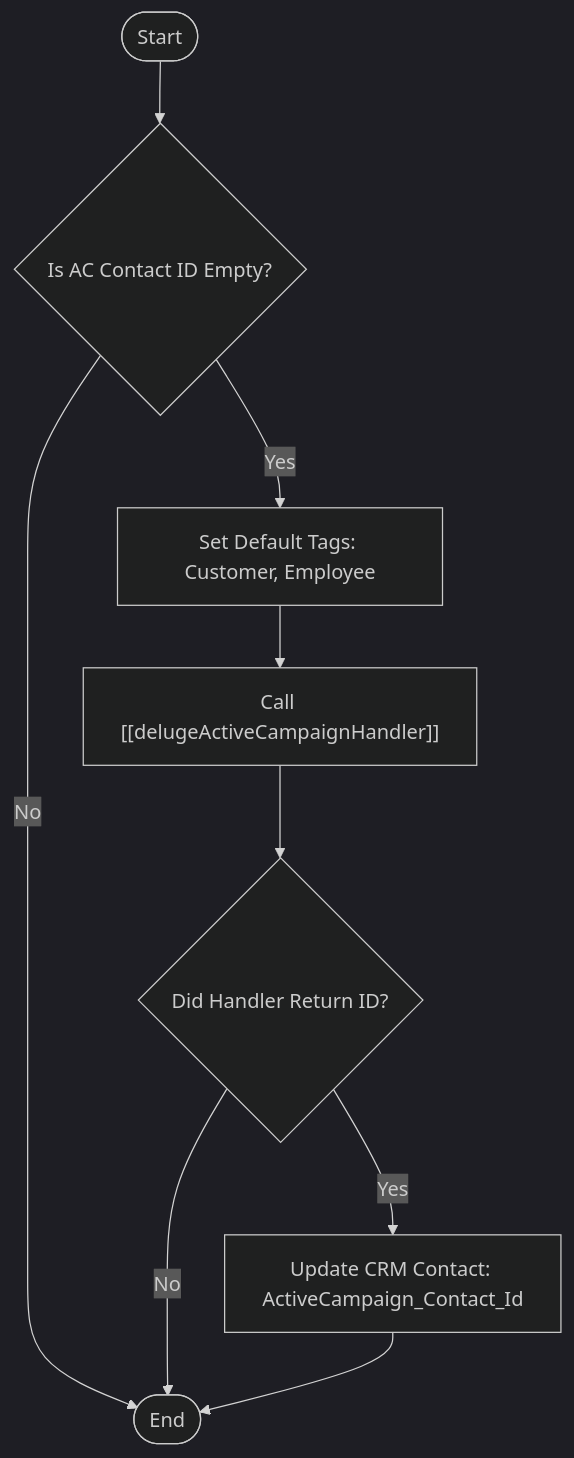
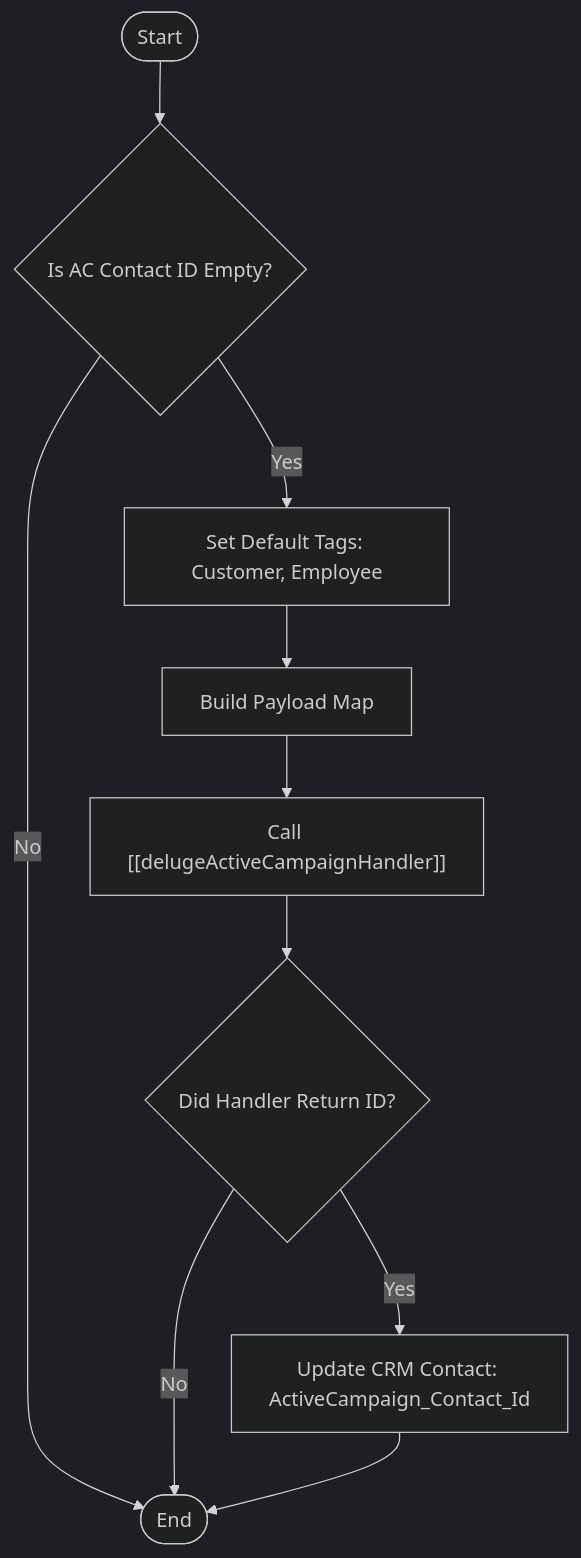
Before and after one commit to martinkp93/zoho-scripts: the diagram in Acquisition and Onboarding/Marketing/ActiveCampaign/Create ActiveCampaign Contact (Employee)/delugeSyncActiveCampaignContact.md, drawn with Mermaid (dark theme). The commit also changed other lines of this file, not shown here.

Commit message:
Update delugeSyncActiveCampaignContact.md docs via DeluluDocu

````diff
--- a/Acquisition and Onboarding/Marketing/ActiveCampaign/Create ActiveCampaign Contact (Employee)/delugeSyncActiveCampaignContact.md
+++ b/Acquisition and Onboarding/Marketing/ActiveCampaign/Create ActiveCampaign Contact (Employee)/delugeSyncActiveCampaignContact.md
@@ -38,11 +38,12 @@
 ```mermaid
 graph TD
     Start(["Start"]) --> CheckID{"Is AC Contact ID Empty?"}
     CheckID -- "No" --> End(["End"])
     CheckID -- "Yes" --> SetTags["Set Default Tags: Customer, Employee"]
-    SetTags --> CallHandler["Call [[delugeActiveCampaignHandler]]"]
+    SetTags --> BuildMap["Build Payload Map"]
+    BuildMap --> CallHandler["Call [[delugeActiveCampaignHandler]]"]
     CallHandler --> CheckResp{"Did Handler Return ID?"}
     CheckResp -- "No" --> End
     CheckResp -- "Yes" --> UpdateCRM["Update CRM Contact: ActiveCampaign_Contact_Id"]
     UpdateCRM --> End
 ```
````
